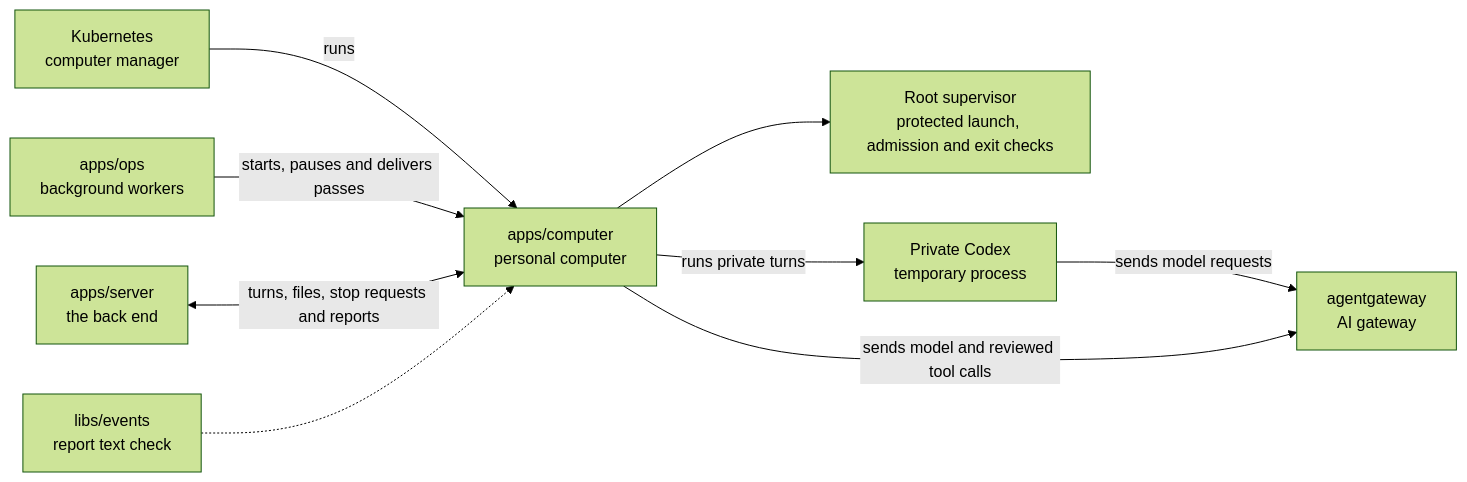
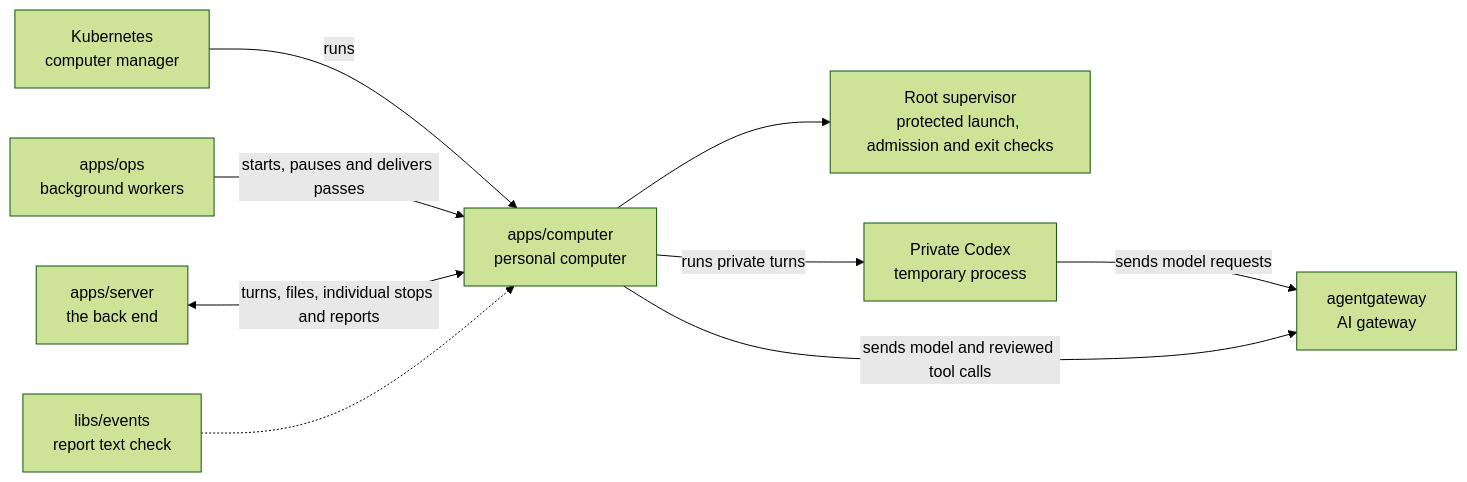
One commit to elewa-git/opencrane-new changed the diagram in apps/computer/README.md. Above: the diagram before and after it, drawn with Mermaid (forest theme). The commit also changed other lines of this file and 6 other files, not shown here.

````diff
--- a/apps/computer/README.md
+++ b/apps/computer/README.md
@@ -21,11 +21,11 @@
 ```mermaid
 flowchart LR
   kube["Kubernetes<br/>computer manager"] -->|runs| computer["apps/computer<br/>personal computer"]
   ops["apps/ops<br/>background workers"] -->|starts, pauses and delivers passes| computer
-  server["apps/server<br/>the back end"] <-->|turns, files, stop requests and reports| computer
+  server["apps/server<br/>the back end"] <-->|turns, files, individual stops and reports| computer
   events["libs/events<br/>report text check"] -.-> computer
   computer --> supervisor["Root supervisor<br/>protected launch, admission and exit checks"]
   computer -->|runs private turns| private["Private Codex<br/>temporary process"]
   private -->|sends model requests| gateway
   computer -->|sends model and reviewed tool calls| gateway["agentgateway<br/>AI gateway"]
 ```
````
